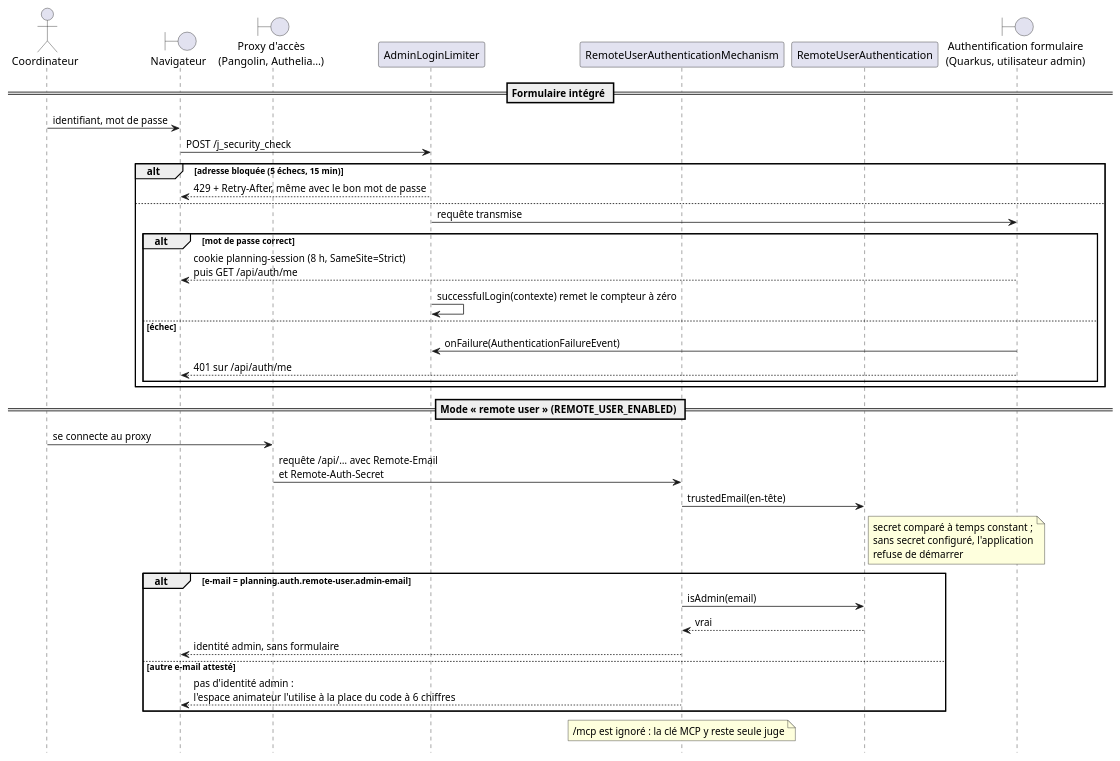
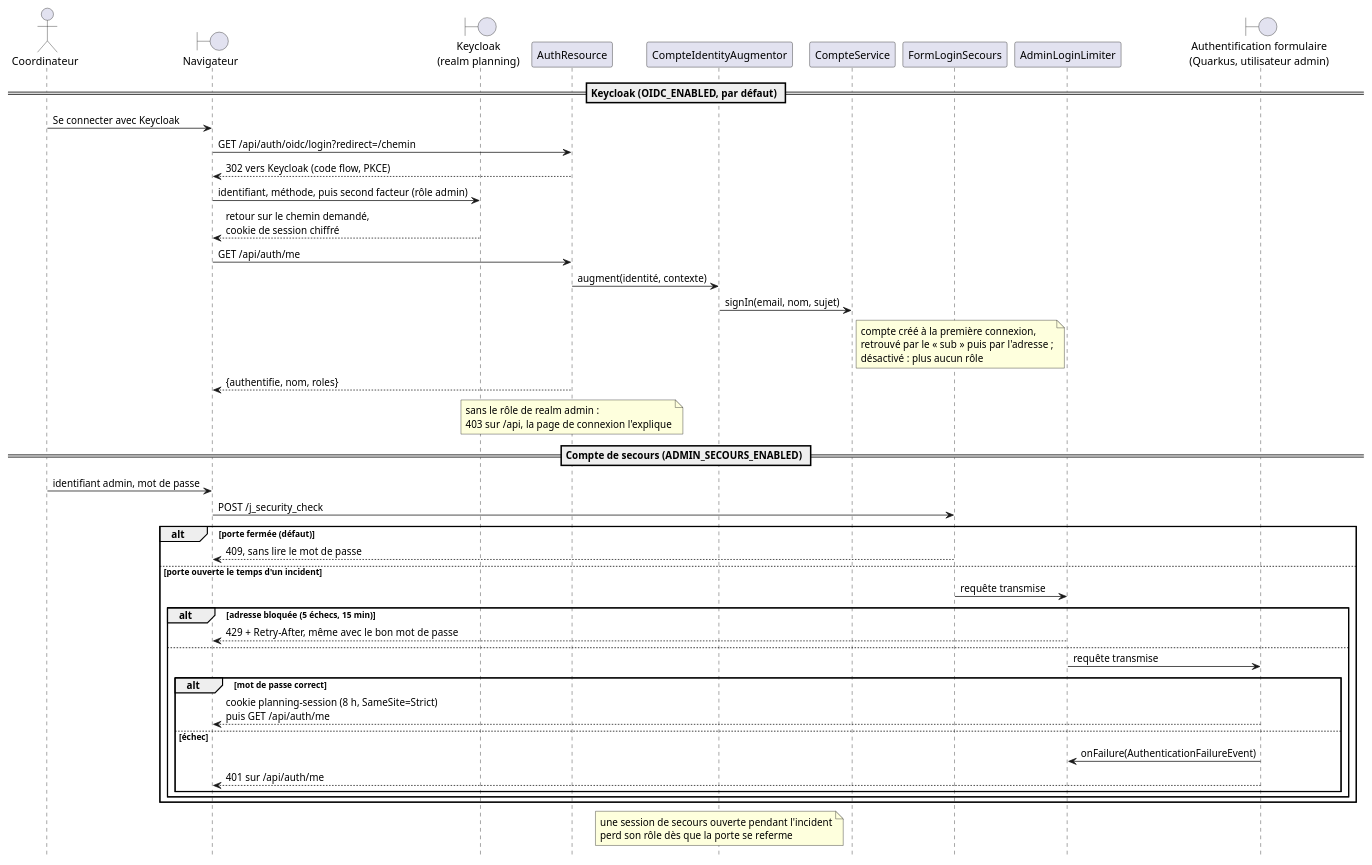
The diagram in docs/diagrammes/authentification.puml (sylvainmetayer/planning-equipes), drawn with PlantUML before and after one commit. The commit also changed 5 other files, not shown here.

First line of the commit message:
docs(diagrammes): redessiner connexion, espace et MCP pour Keycloak

```diff
--- a/docs/diagrammes/authentification.puml
+++ b/docs/diagrammes/authentification.puml
@@ -1,47 +1,54 @@
 @startuml
-' Les deux façons d'entrer comme coordinateur : le formulaire intégré, gardé
-' par un verrou par adresse, et l'en-tête d'un proxy d'accès (facultatif,
-' désactivé par défaut). La clé MCP et l'espace animateur ont leurs propres
-' diagrammes. Voir docs/api.md, « Authentification ».
+' Les deux façons d'entrer comme coordinateur : Keycloak, la porte normale
+' (second facteur imposé au rôle admin par le realm), et le compte de secours,
+' fermé par défaut, gardé par un verrou par adresse quand on l'ouvre. La clé
+' MCP et l'espace animateur ont leurs propres diagrammes. Voir docs/api.md,
+' « Authentification », et docs/keycloak.md.
 skinparam backgroundColor #FFFFFF
 skinparam responseMessageBelowArrow true
 hide footbox
 
 actor "Coordinateur" as admin
 boundary "Navigateur" as front
-boundary "Proxy d'accès\n(Pangolin, Authelia…)" as proxy
+boundary "Keycloak\n(realm planning)" as keycloak
+participant AuthResource as auth
+participant CompteIdentityAugmentor as compte
+participant CompteService as comptes
+participant FormLoginSecours as secours
 participant AdminLoginLimiter as verrou
-participant RemoteUserAuthenticationMechanism as remote
-participant RemoteUserAuthentication as confiance
 boundary "Authentification formulaire\n(Quarkus, utilisateur admin)" as form
 
-== Formulaire intégré ==
-admin -> front : identifiant, mot de passe
-front -> verrou : POST /j_security_check
-alt adresse bloquée (5 échecs, 15 min)
-  verrou --> front : 429 + Retry-After, même avec le bon mot de passe
-else
-  verrou -> form : requête transmise
-  alt mot de passe correct
-    form --> front : cookie planning-session (8 h, SameSite=Strict)\npuis GET /api/auth/me
-    verrou -> verrou : successfulLogin(contexte) remet le compteur à zéro
-  else échec
-    form -> verrou : onFailure(AuthenticationFailureEvent)
-    form --> front : 401 sur /api/auth/me
+== Keycloak (OIDC_ENABLED, par défaut) ==
+admin -> front : Se connecter avec Keycloak
+front -> auth : GET /api/auth/oidc/login?redirect=/chemin
+auth --> front : 302 vers Keycloak (code flow, PKCE)
+front -> keycloak : identifiant, méthode, puis second facteur (rôle admin)
+keycloak --> front : retour sur le chemin demandé,\ncookie de session chiffré
+front -> auth : GET /api/auth/me
+auth -> compte : augment(identité, contexte)
+compte -> comptes : signIn(email, nom, sujet)
+note right of comptes : compte créé à la première connexion,\nretrouvé par le « sub » puis par l'adresse ;\ndésactivé : plus aucun rôle
+auth --> front : {authentifie, nom, roles}
+note over auth : sans le rôle de realm admin :\n403 sur /api, la page de connexion l'explique
+
+== Compte de secours (ADMIN_SECOURS_ENABLED) ==
+admin -> front : identifiant admin, mot de passe
+front -> secours : POST /j_security_check
+alt porte fermée (défaut)
+  secours --> front : 409, sans lire le mot de passe
+else porte ouverte le temps d'un incident
+  secours -> verrou : requête transmise
+  alt adresse bloquée (5 échecs, 15 min)
+    verrou --> front : 429 + Retry-After, même avec le bon mot de passe
+  else
+    verrou -> form : requête transmise
+    alt mot de passe correct
+      form --> front : cookie planning-session (8 h, SameSite=Strict)\npuis GET /api/auth/me
+    else échec
+      form -> verrou : onFailure(AuthenticationFailureEvent)
+      form --> front : 401 sur /api/auth/me
+    end
   end
 end
-
-== Mode « remote user » (REMOTE_USER_ENABLED) ==
-admin -> proxy : se connecte au proxy
-proxy -> remote : requête /api/… avec Remote-Email\net Remote-Auth-Secret
-remote -> confiance : trustedEmail(en-tête)
-note right of confiance : secret comparé à temps constant ;\nsans secret configuré, l'application\nrefuse de démarrer
-alt e-mail = planning.auth.remote-user.admin-email
-  remote -> confiance : isAdmin(email)
-  confiance --> remote : vrai
-  remote --> front : identité admin, sans formulaire
-else autre e-mail attesté
-  remote --> front : pas d'identité admin :\nl'espace animateur l'utilise à la place du code à 6 chiffres
-end
-note over remote : /mcp est ignoré : la clé MCP y reste seule juge
+note over compte : une session de secours ouverte pendant l'incident\nperd son rôle dès que la porte se referme
 @enduml
```
